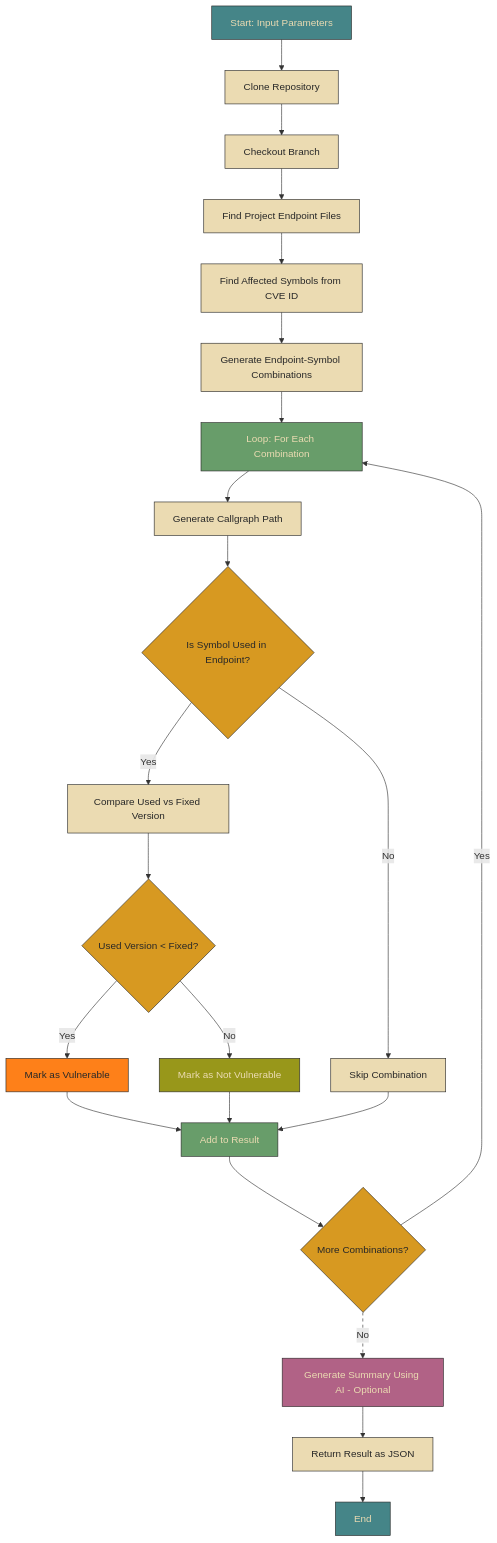
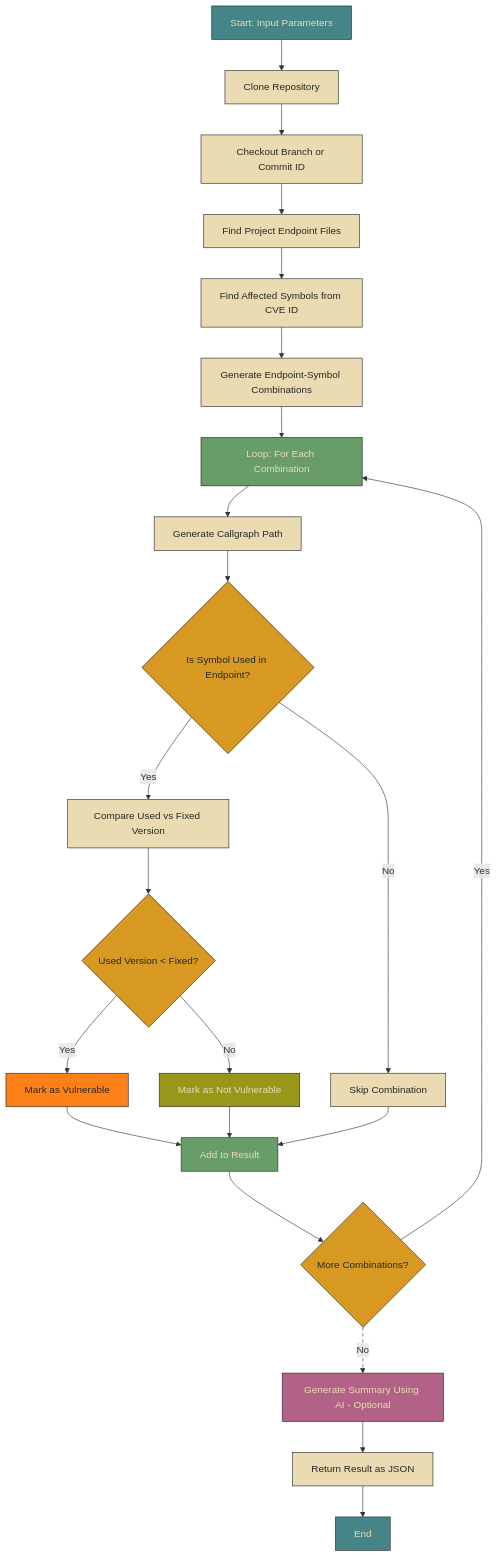
One commit to k37y/gvs changed the diagram in README.md. Above: the diagram before and after it, drawn with Mermaid. The commit also changed other lines of this file and 5 other files, not shown here.

````diff
--- a/README.md
+++ b/README.md
@@ -9,54 +9,54 @@
 ```mermaid
 flowchart TD
     A[Start: Input Parameters] --> B[Clone Repository]
-    B --> C[Checkout Branch]
+    B --> C[Checkout Branch or Commit ID]
     C --> D[Find Project Endpoint Files]
     D --> E[Find Affected Symbols from CVE ID]
     E --> F[Generate Endpoint-Symbol Combinations]
     F --> G[Loop: For Each Combination]
     G --> H[Generate Callgraph Path]
     H --> I{Is Symbol Used in Endpoint?}
     I -- Yes --> J[Compare Used vs Fixed Version]
     J --> K{Used Version < Fixed?}
     K -- Yes --> L[Mark as Vulnerable]
     K -- No --> M[Mark as Not Vulnerable]
     L --> N[Add to Result]
     M --> N
     I -- No --> O[Skip Combination]
     O --> N
     N --> P{More Combinations?}
     P -- Yes --> G
     P -- No --> Q[Generate Summary Using AI - Optional]
     Q --> R[Return Result as JSON]
     R --> S[End]
 
     %% Style nodes
     style A fill:#458588,stroke:#282828,stroke-width:1px,color:#ebdbb2
     style B fill:#ebdbb2,stroke:#282828,stroke-width:1px,color:#282828
     style C fill:#ebdbb2,stroke:#282828,stroke-width:1px,color:#282828
     style D fill:#ebdbb2,stroke:#282828,stroke-width:1px,color:#282828
     style E fill:#ebdbb2,stroke:#282828,stroke-width:1px,color:#282828
     style F fill:#ebdbb2,stroke:#282828,stroke-width:1px,color:#282828
     style G fill:#689d6a,stroke:#282828,stroke-width:1px,color:#ebdbb2
     style H fill:#ebdbb2,stroke:#282828,stroke-width:1px,color:#282828
     style I fill:#d79921,stroke:#282828,stroke-width:1px,color:#282828
     style J fill:#ebdbb2,stroke:#282828,stroke-width:1px,color:#282828
     style K fill:#d79921,stroke:#282828,stroke-width:1px,color:#282828
     style L fill:#fe8019,stroke:#282828,stroke-width:1px,color:#282828
     style M fill:#98971a,stroke:#282828,stroke-width:1px,color:#ebdbb2
     style N fill:#689d6a,stroke:#282828,stroke-width:1px,color:#ebdbb2
     style O fill:#ebdbb2,stroke:#282828,stroke-width:1px,color:#282828
     style P fill:#d79921,stroke:#282828,stroke-width:1px,color:#282828
     style Q fill:#b16286,stroke:#282828,stroke-width:1px,color:#ebdbb2
     style R fill:#ebdbb2,stroke:#282828,stroke-width:1px,color:#282828
     style S fill:#458588,stroke:#282828,stroke-width:1px,color:#ebdbb2
     linkStyle 18 stroke-width:1px,stroke-dasharray:5,5
 
 %%    style white fill:#ebdbb2,stroke:#282828,stroke-width:1px,color:#282828
 %%    style orange fill:#fe8019,stroke:#282828,stroke-width:1px,color:#282828
 %%    style green fill:#98971a,stroke:#282828,stroke-width:1px,color:#ebdbb2
 %%    style blue fill:#458588,stroke:#282828,stroke-width:1px,color:#ebdbb2
 %%    style magenta fill:#b16286,stroke:#282828,stroke-width:1px,color:#ebdbb2
 %%    style cyan fill:#689d6a,stroke:#282828,stroke-width:1px,color:#ebdbb2
 %%    style yellow fill:#d79921,stroke:#282828,stroke-width:1px,color:#282828
 ```
````
